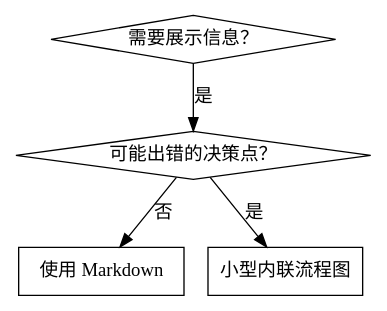
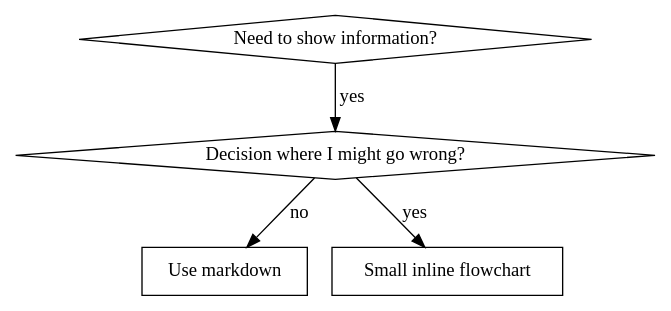
Before and after one commit to Wenaixi/dsh-superpower: the first of 2 diagrams in skills/writing-skills/SKILL.md, drawn with Graphviz. The commit also changed other lines of this file and 103 other files, not shown here.

````diff
--- a/skills/writing-skills/SKILL.md
+++ b/skills/writing-skills/SKILL.md
@@ -292,12 +294,12 @@
 ```dot
 digraph when_flowchart {
-    "需要展示信息？" [shape=diamond];
-    "可能出错的决策点？" [shape=diamond];
-    "使用 Markdown" [shape=box];
-    "小型内联流程图" [shape=box];
+    "Need to show information?" [shape=diamond];
+    "Decision where I might go wrong?" [shape=diamond];
+    "Use markdown" [shape=box];
+    "Small inline flowchart" [shape=box];
 
-    "需要展示信息？" -> "可能出错的决策点？" [label="是"];
-    "可能出错的决策点？" -> "小型内联流程图" [label="是"];
-    "可能出错的决策点？" -> "使用 Markdown" [label="否"];
+    "Need to show information?" -> "Decision where I might go wrong?" [label="yes"];
+    "Decision where I might go wrong?" -> "Small inline flowchart" [label="yes"];
+    "Decision where I might go wrong?" -> "Use markdown" [label="no"];
 }
 ```
````
